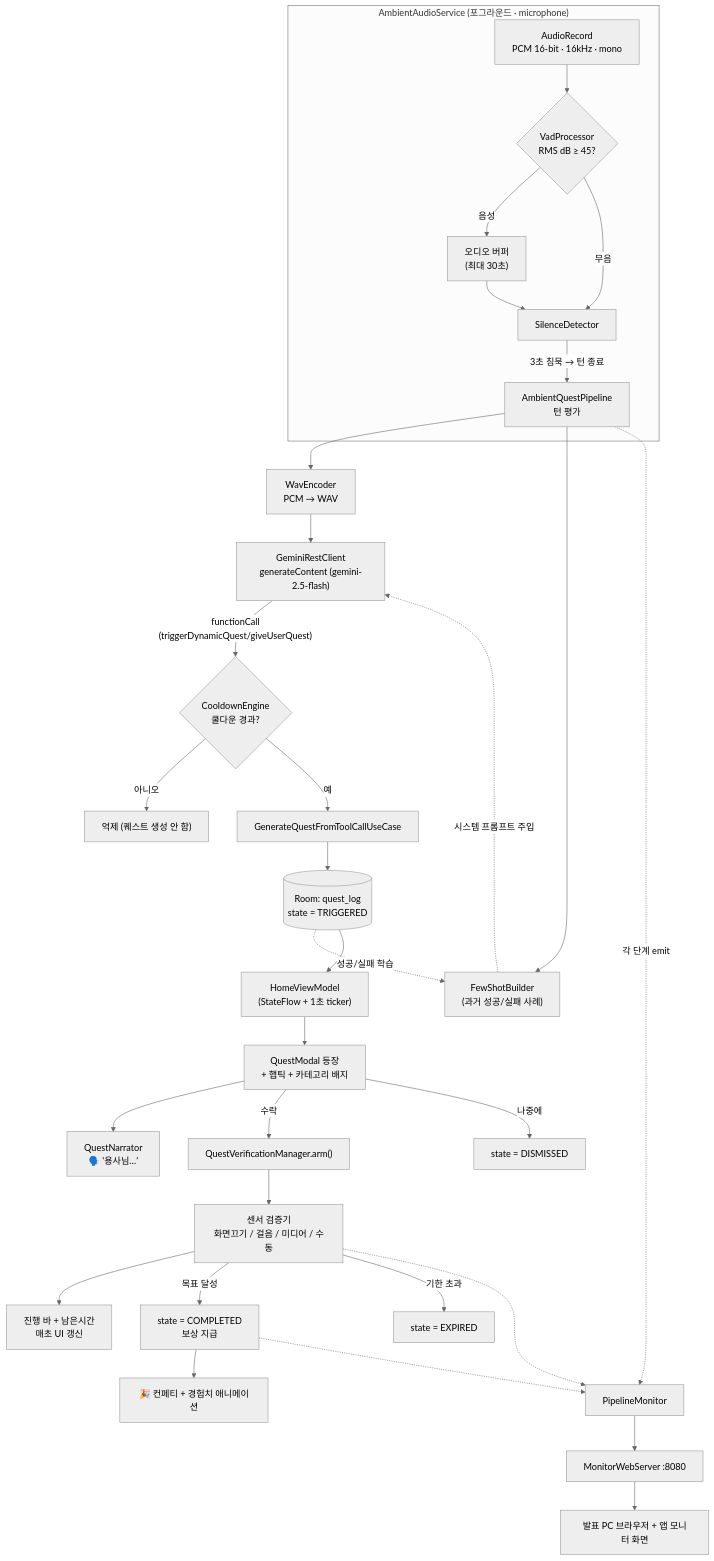
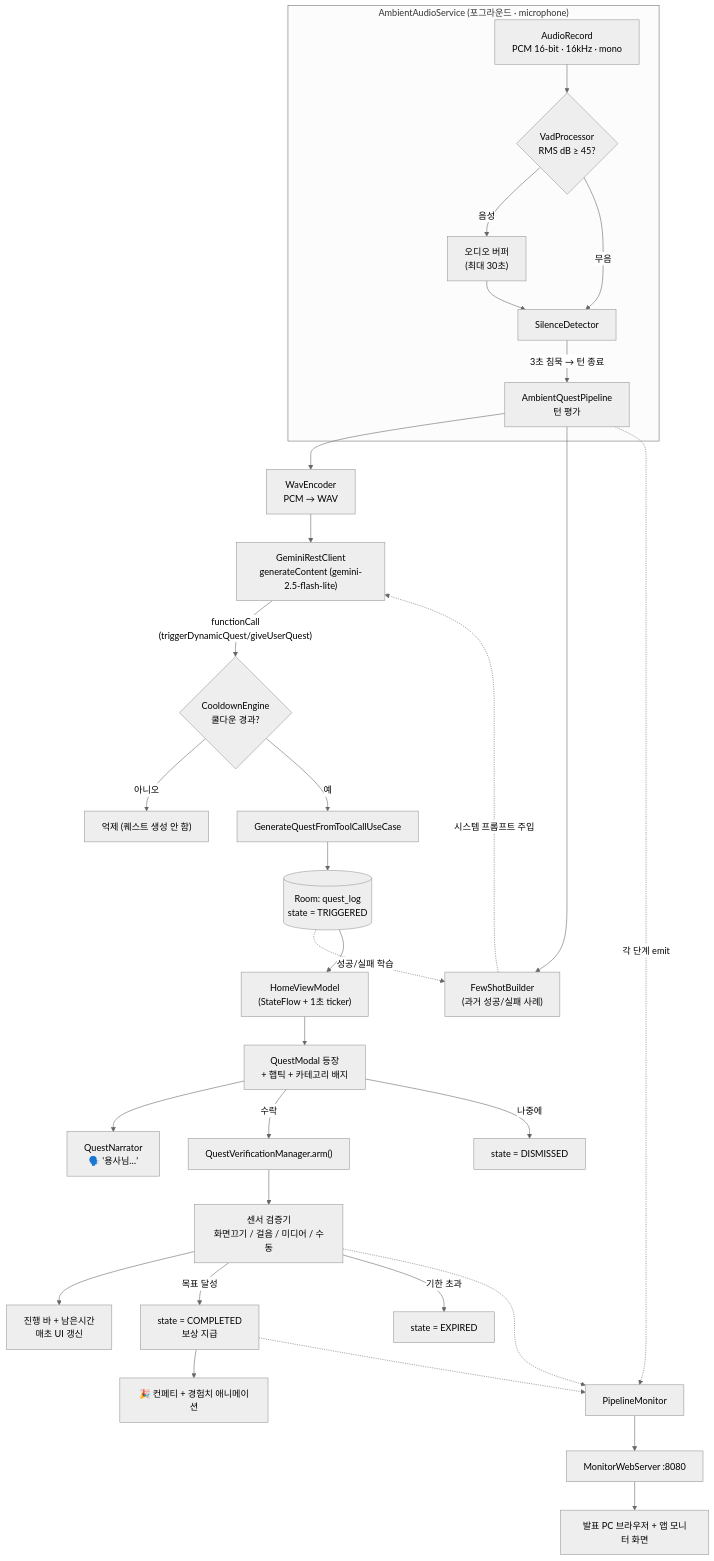
The first of 4 diagrams in README.md (RefXTeam/quest-ai-android), drawn with Mermaid (neutral theme) before and after one commit. The commit also changed other lines of this file and 6 other files, not shown here.

First line of the commit message:
fix: 퀘스트 트리거 적극화 + 걸음 센서 권한/실시간 + 모델 flash-lite

````diff
--- a/README.md
+++ b/README.md
@@ -38,38 +38,38 @@
 ```mermaid
 flowchart TD
     subgraph SVC["AmbientAudioService (포그라운드 · microphone)"]
         Mic["AudioRecord<br/>PCM 16-bit · 16kHz · mono"] --> VAD{"VadProcessor<br/>RMS dB ≥ 45?"}
         VAD -->|"음성"| Buf["오디오 버퍼<br/>(최대 30초)"]
         VAD -->|"무음"| Sil["SilenceDetector"]
         Buf --> Sil
         Sil -->|"3초 침묵 → 턴 종료"| Eval
     end
 
     Eval["AmbientQuestPipeline<br/>턴 평가"] --> Wav["WavEncoder<br/>PCM → WAV"]
     Eval --> FS["FewShotBuilder<br/>(과거 성공/실패 사례)"]
-    Wav --> Rest["GeminiRestClient<br/>generateContent (gemini-2.5-flash)"]
+    Wav --> Rest["GeminiRestClient<br/>generateContent (gemini-2.5-flash-lite)"]
     FS -.->|"시스템 프롬프트 주입"| Rest
     Rest -->|"functionCall<br/>(triggerDynamicQuest/giveUserQuest)"| Cool{"CooldownEngine<br/>쿨다운 경과?"}
     Cool -->|"아니오"| Drop["억제 (퀘스트 생성 안 함)"]
     Cool -->|"예"| Gen["GenerateQuestFromToolCallUseCase"]
 
     Gen --> Room[("Room: quest_log<br/>state = TRIGGERED")]
     Room -.->|"성공/실패 학습"| FS
     Room --> VM["HomeViewModel<br/>(StateFlow + 1초 ticker)"]
     VM --> Modal["QuestModal 등장<br/>+ 햅틱 + 카테고리 배지"]
     Modal --> TTS["QuestNarrator<br/>🗣️ '용사님…'"]
 
     Modal -->|"수락"| Arm["QuestVerificationManager.arm()"]
     Modal -->|"나중에"| Dismiss["state = DISMISSED"]
     Arm --> Verify["센서 검증기<br/>화면끄기 / 걸음 / 미디어 / 수동"]
     Verify --> Prog["진행 바 + 남은시간<br/>매초 UI 갱신"]
     Verify -->|"목표 달성"| Done["state = COMPLETED<br/>보상 지급"]
     Verify -->|"기한 초과"| Exp["state = EXPIRED"]
     Done --> Conf["🎉 컨페티 + 경험치 애니메이션"]
 
     Eval -.->|"각 단계 emit"| Mon["PipelineMonitor"]
     Verify -.-> Mon
     Done -.-> Mon
     Mon --> WebSrv["MonitorWebServer :8080"]
     WebSrv --> Clients["발표 PC 브라우저 + 앱 모니터 화면"]
 ```
````
